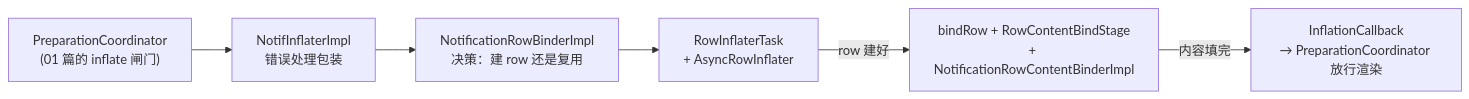
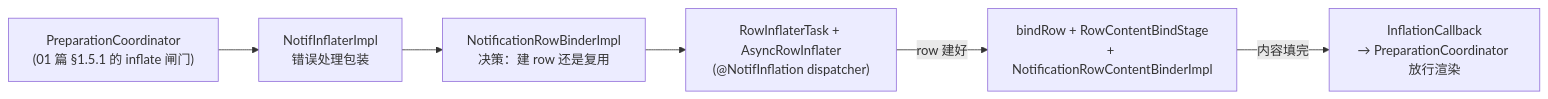
The diagram in docs/architecture/notifications/02-card-and-inflate.md (chenpeigen2/SystemUI-Gradle), drawn with Mermaid before and after one commit. The commit also changed other lines of this file and 7 other files, not shown here.

````diff
--- a/docs/architecture/notifications/02-card-and-inflate.md
+++ b/docs/architecture/notifications/02-card-and-inflate.md
@@ -24,8 +66,8 @@
 ```mermaid
 flowchart LR
-    PC["PreparationCoordinator<br/>(01 篇的 inflate 闸门)"] --> NI
+    PC["PreparationCoordinator<br/>(01 篇 §1.5.1 的 inflate 闸门)"] --> NI
     NI["NotifInflaterImpl<br/>错误处理包装"] --> RBI
     RBI["NotificationRowBinderImpl<br/>决策：建 row 还是复用"] --> RIT
-    RIT["RowInflaterTask<br/>+ AsyncRowInflater"] -->|row 建好| RB
+    RIT["RowInflaterTask + AsyncRowInflater<br/>(@NotifInflation dispatcher)"] -->|row 建好| RB
     RB["bindRow + RowContentBindStage<br/>+ NotificationRowContentBinderImpl"] -->|内容填完| CB["InflationCallback<br/>→ PreparationCoordinator 放行渲染"]
 ```
````
